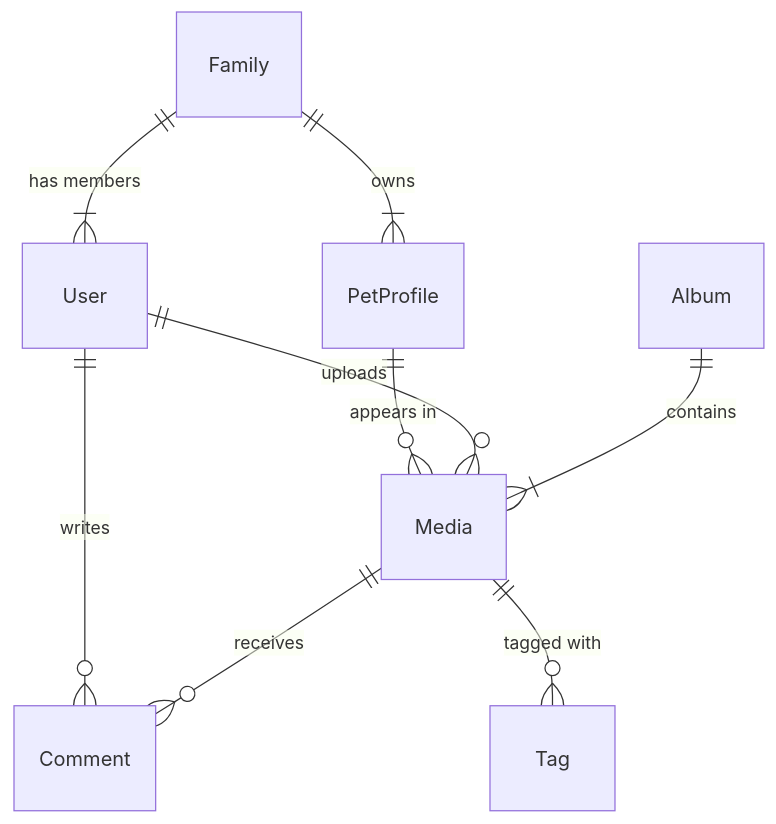
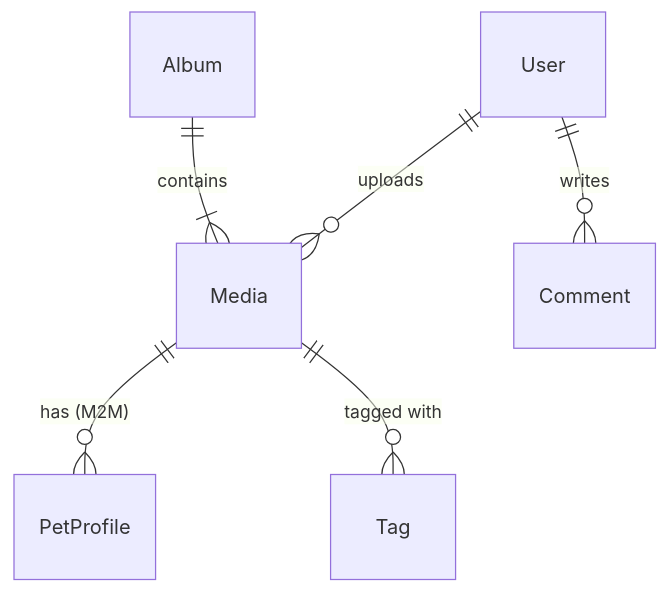
One commit to qc-310/Thesalo_gallery changed the diagram in docs/basic_design/data_design.md. Above: the diagram before and after it, drawn with Mermaid. The commit also changed other lines of this file and 34 other files, not shown here.

````diff
--- a/docs/basic_design/data_design.md
+++ b/docs/basic_design/data_design.md
@@ -7,11 +8,8 @@
 ```mermaid
 erDiagram
-    Family ||--|{ User : "has members"
-    Family ||--|{ PetProfile : "owns"
-    PetProfile ||--o{ Media : "appears in"
     User ||--o{ Media : "uploads"
     User ||--o{ Comment : "writes"
-    Media ||--o{ Comment : "receives"
+    Media ||--o{ PetProfile : "has (M2M)"
     Media ||--o{ Tag : "tagged with"
     Album ||--|{ Media : "contains"
 ```
````
